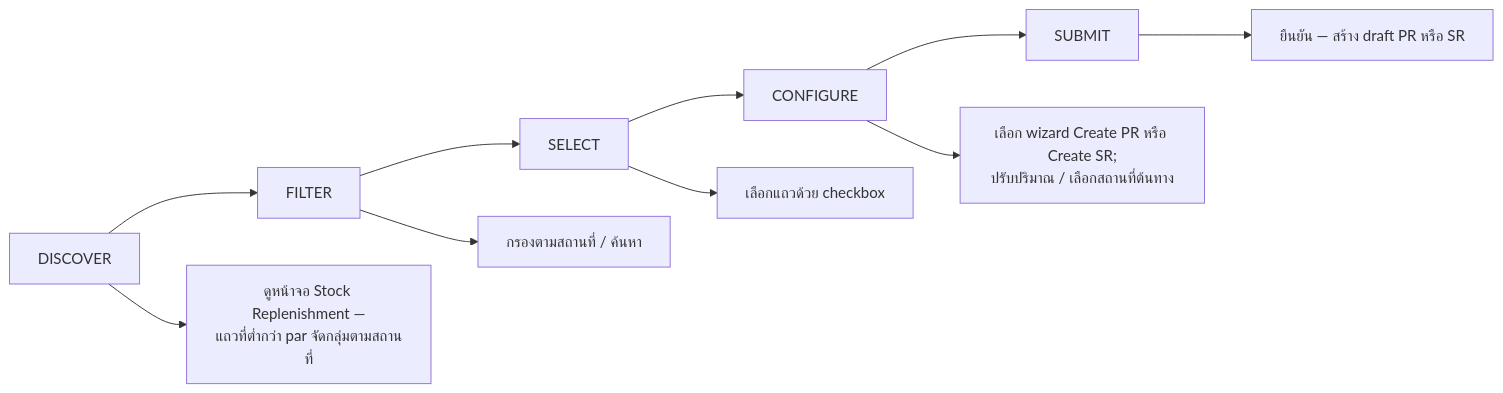
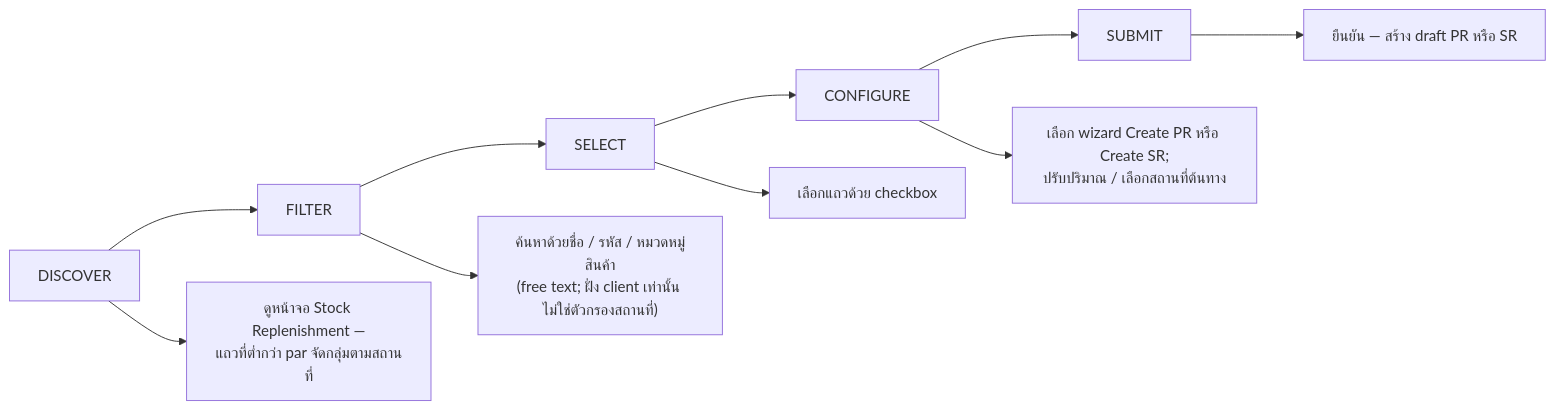
Before and after one commit to CarmenSoftware-organization/carmen-wiki: the second of 3 diagrams in th/inventory/store-requisition/stock-replenishment.md, drawn with Mermaid. The commit also changed other lines of this file and 3 other files, not shown here.

````diff
--- a/th/inventory/store-requisition/stock-replenishment.md
+++ b/th/inventory/store-requisition/stock-replenishment.md
@@ -37,13 +37,13 @@
 ```mermaid
 graph LR
     Discover["DISCOVER"] --> Filter["FILTER"]
     Filter --> Select["SELECT"]
     Select --> Configure["CONFIGURE"]
     Configure --> Submit["SUBMIT"]
 
     Discover --> Discover1["ดูหน้าจอ Stock Replenishment —<br/>แถวที่ต่ำกว่า par จัดกลุ่มตามสถานที่"]
-    Filter --> Filter1["กรองตามสถานที่ / ค้นหา"]
+    Filter --> Filter1["ค้นหาด้วยชื่อ / รหัส / หมวดหมู่สินค้า<br/>(free text; ฝั่ง client เท่านั้น ไม่ใช่ตัวกรองสถานที่)"]
     Select --> Select1["เลือกแถวด้วย checkbox"]
     Configure --> Configure1["เลือก wizard Create PR หรือ Create SR;<br/>ปรับปริมาณ / เลือกสถานที่ต้นทาง"]
     Submit --> Submit1["ยืนยัน — สร้าง draft PR หรือ SR"]
 ```
````
